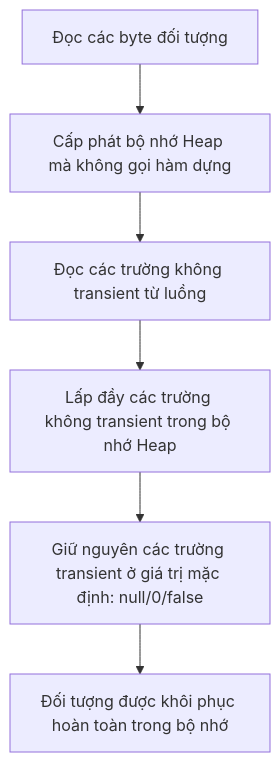
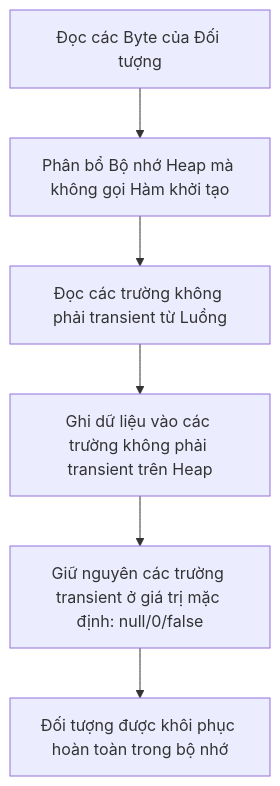
Before and after one commit to PhuThien2005/theoretical-of-java-core: the second of 3 diagrams in vi/26-io/theory/03-serialization-concepts.md, drawn with Mermaid. The commit also changed other lines of this file and 229 other files, not shown here.

````diff
--- a/vi/26-io/theory/03-serialization-concepts.md
+++ b/vi/26-io/theory/03-serialization-concepts.md
@@ -114,8 +114,8 @@
 ```mermaid
 flowchart TD
-    A[Đọc các byte đối tượng] --> B[Cấp phát bộ nhớ Heap mà không gọi hàm dựng]
-    B --> C[Đọc các trường không transient từ luồng]
-    C --> D[Lấp đầy các trường không transient trong bộ nhớ Heap]
+    A[Đọc các Byte của Đối tượng] --> B[Phân bổ Bộ nhớ Heap mà không gọi Hàm khởi tạo]
+    B --> C[Đọc các trường không phải transient từ Luồng]
+    C --> D[Ghi dữ liệu vào các trường không phải transient trên Heap]
     D --> E[Giữ nguyên các trường transient ở giá trị mặc định: null/0/false]
     E --> F[Đối tượng được khôi phục hoàn toàn trong bộ nhớ]
 ```
````
